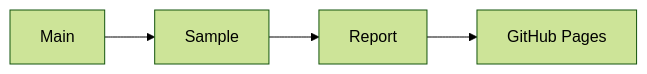
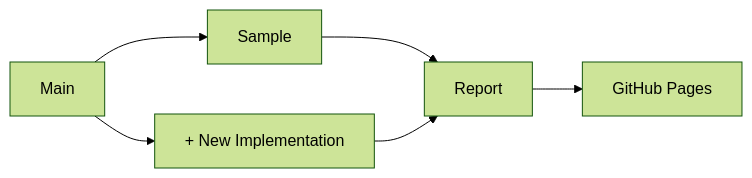
Before and after one commit to transmute-industries/vc-jwt-test-suite: the diagram in README.md, drawn with Mermaid (forest theme). The commit also changed other lines of this file, not shown here.

Commit message:
:rainbow::rocket:

````diff
--- a/README.md
+++ b/README.md
@@ -3,7 +11,10 @@
 ```mermaid
 graph LR
   Pages["GitHub Pages"]
+  NewImp["+ New Implementation"]
 	Main --> Sample
+  Main --> NewImp
   Sample --> Report
+  NewImp  --> Report
   Report --> Pages
 ```
````
